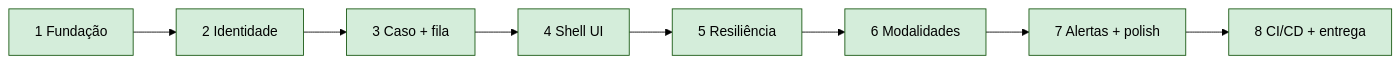
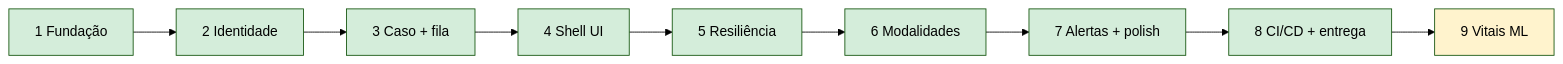
One commit to vinicius707/tech-challenge-fase-4-8IADT changed the seventh of 7 diagrams in docs/architecture.md. Above: the diagram before and after it, drawn with Mermaid (forest theme). The commit also changed other lines of this file and 10 other files, not shown here.

````diff
--- a/docs/architecture.md
+++ b/docs/architecture.md
@@ -206,19 +206,21 @@
 ```mermaid
 flowchart LR
   E1[1 Fundação] --> E2[2 Identidade]
   E2 --> E3[3 Caso + fila]
   E3 --> E4[4 Shell UI]
   E4 --> E5[5 Resiliência]
   E5 --> E6[6 Modalidades]
   E6 --> E7[7 Alertas + polish]
   E7 --> E8[8 CI/CD + entrega]
+  E8 --> E9[9 Vitais ML]
 
   style E1 fill:#d4edda
   style E2 fill:#d4edda
   style E3 fill:#d4edda
   style E4 fill:#d4edda
   style E5 fill:#d4edda
   style E6 fill:#d4edda
   style E7 fill:#d4edda
   style E8 fill:#d4edda
+  style E9 fill:#fff3cd
 ```
````
